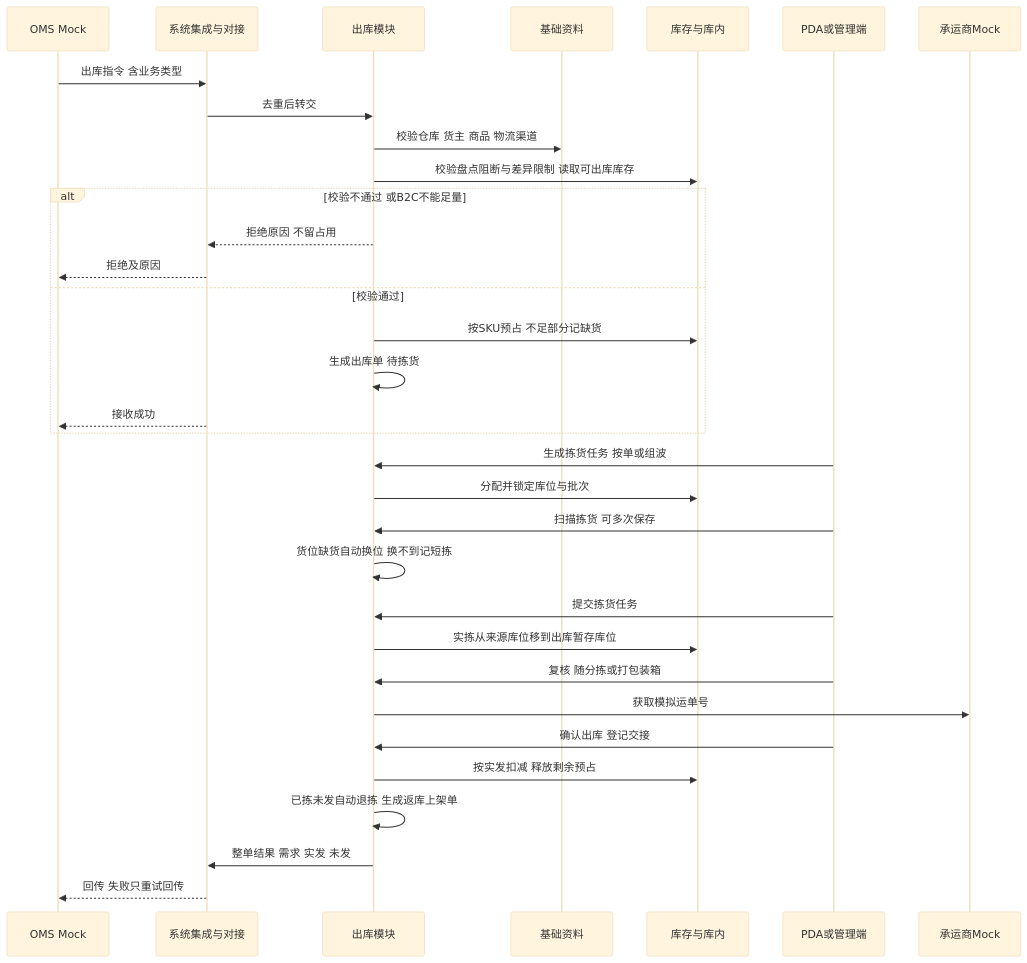
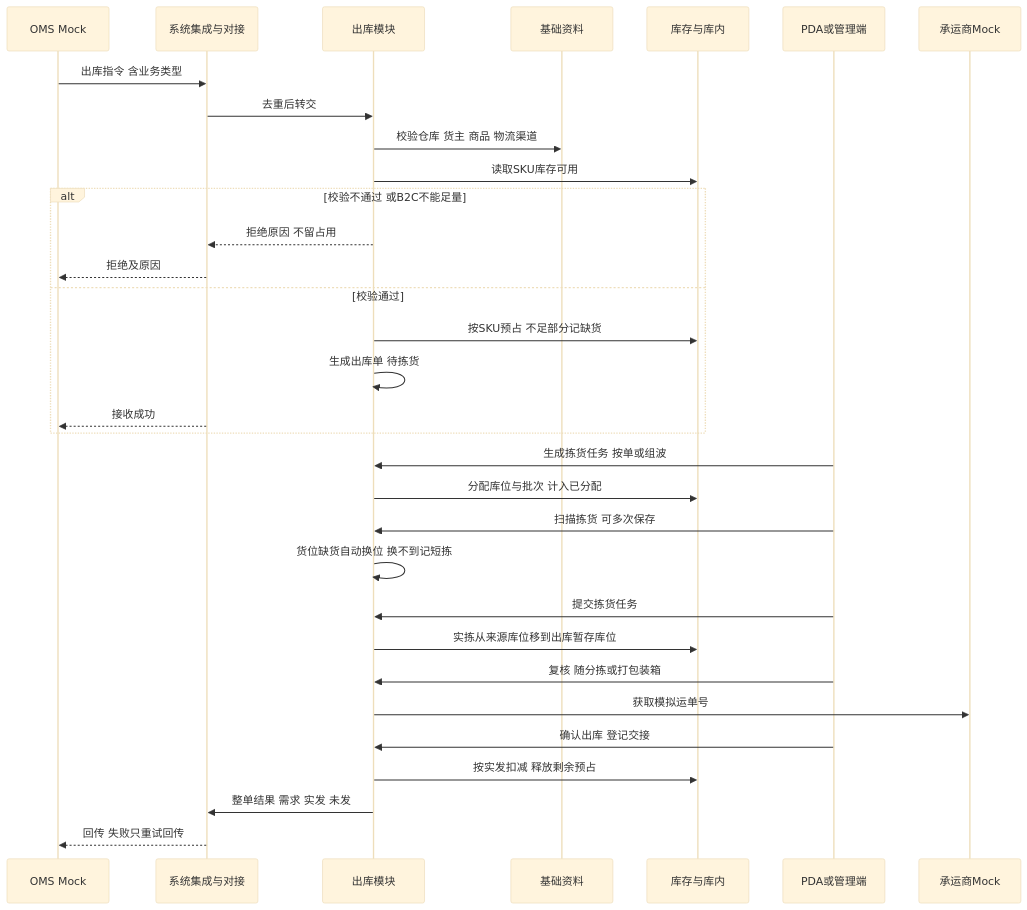
Before and after one commit to TopVitamin/QS-WMS-Project: the third of 4 diagrams in 01-全局背景信息/05-出库模块宏观系统架构.md, drawn with Mermaid (base theme). The commit also changed other lines of this file and 174 other files, not shown here.

````diff
--- a/01-全局背景信息/05-出库模块宏观系统架构.md
+++ b/01-全局背景信息/05-出库模块宏观系统架构.md
@@ -247,35 +246,34 @@
 ```mermaid
 sequenceDiagram
     participant O as OMS Mock
     participant I as 系统集成与对接
     participant W as 出库模块
     participant M as 基础资料
     participant S as 库存与库内
     participant P as PDA或管理端
     participant L as 承运商Mock
     O->>I: 出库指令 含业务类型
     I->>W: 去重后转交
     W->>M: 校验仓库 货主 商品 物流渠道
-    W->>S: 校验盘点阻断与差异限制 读取可出库库存
+    W->>S: 读取SKU库存可用
     alt 校验不通过 或B2C不能足量
         W-->>I: 拒绝原因 不留占用
         I-->>O: 拒绝及原因
     else 校验通过
         W->>S: 按SKU预占 不足部分记缺货
         W->>W: 生成出库单 待拣货
         I-->>O: 接收成功
     end
     P->>W: 生成拣货任务 按单或组波
-    W->>S: 分配并锁定库位与批次
+    W->>S: 分配库位与批次 计入已分配
     P->>W: 扫描拣货 可多次保存
     W->>W: 货位缺货自动换位 换不到记短拣
     P->>W: 提交拣货任务
     W->>S: 实拣从来源库位移到出库暂存库位
     P->>W: 复核 随分拣或打包装箱
     W->>L: 获取模拟运单号
     P->>W: 确认出库 登记交接
     W->>S: 按实发扣减 释放剩余预占
-    W->>W: 已拣未发自动退拣 生成返库上架单
     W->>I: 整单结果 需求 实发 未发
     I-->>O: 回传 失败只重试回传
 ```
````
